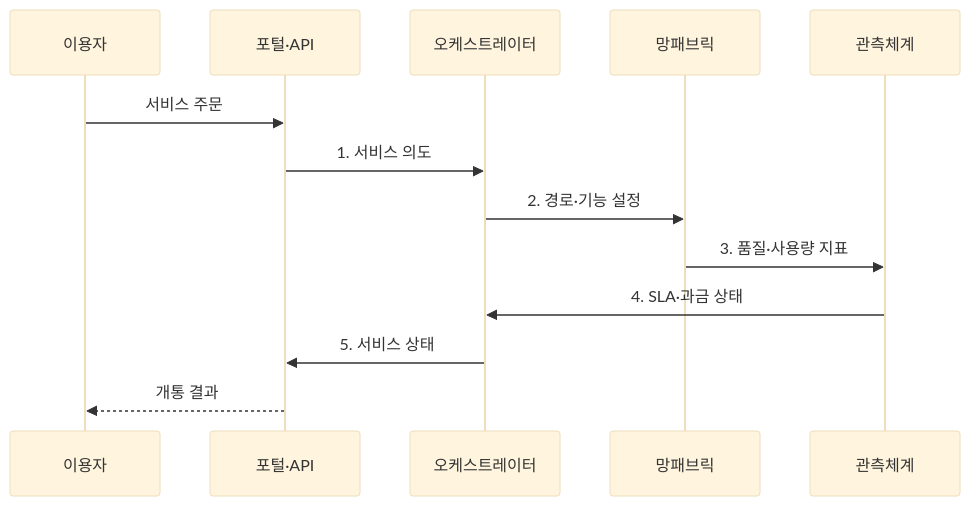
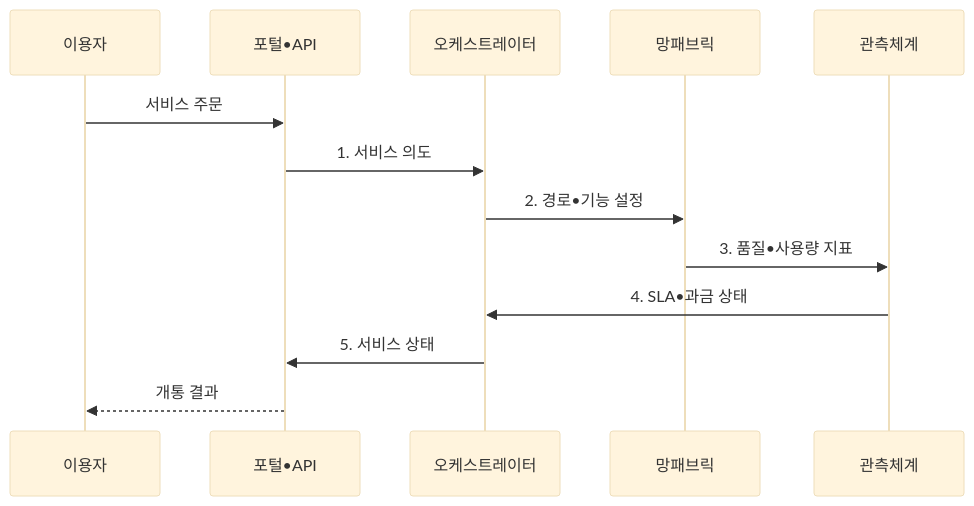
Before and after one commit to agnusdei1207/knowledge-base: the second of 2 diagrams in src/content/docs/notes/04-network/060_network_as_a_service.md, drawn with Mermaid (base theme). The commit also changed other lines of this file and 953 other files, not shown here.

````diff
--- a/src/content/docs/notes/04-network/060_network_as_a_service.md
+++ b/src/content/docs/notes/04-network/060_network_as_a_service.md
@@ -107,15 +107,15 @@
 ```mermaid
 sequenceDiagram
     participant 이용자
-    participant 포털·API
+    participant 포털•API
     participant 오케스트레이터
     participant 망패브릭
     participant 관측체계
-    이용자->>포털·API: 서비스 주문
-    포털·API->>오케스트레이터: 1. 서비스 의도
-    오케스트레이터->>망패브릭: 2. 경로·기능 설정
-    망패브릭->>관측체계: 3. 품질·사용량 지표
-    관측체계->>오케스트레이터: 4. SLA·과금 상태
-    오케스트레이터->>포털·API: 5. 서비스 상태
-    포털·API-->>이용자: 개통 결과
+    이용자->>포털•API: 서비스 주문
+    포털•API->>오케스트레이터: 1. 서비스 의도
+    오케스트레이터->>망패브릭: 2. 경로•기능 설정
+    망패브릭->>관측체계: 3. 품질•사용량 지표
+    관측체계->>오케스트레이터: 4. SLA•과금 상태
+    오케스트레이터->>포털•API: 5. 서비스 상태
+    포털•API-->>이용자: 개통 결과
 ```
````
